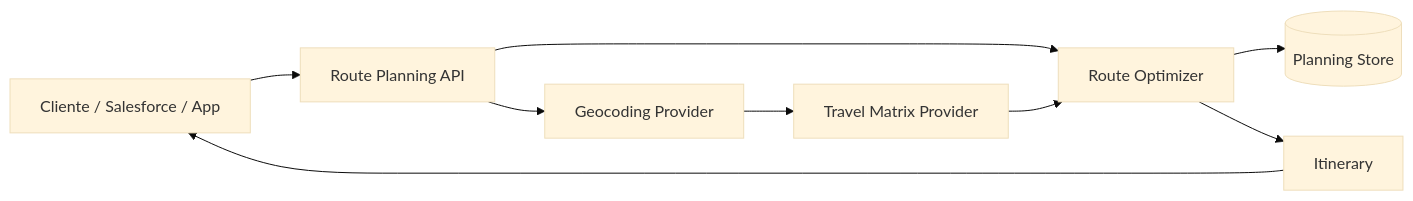
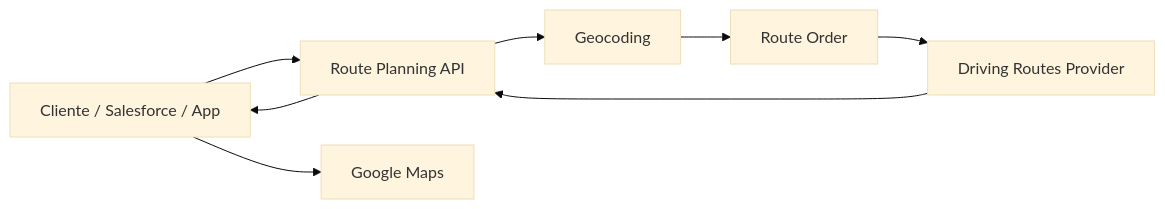
One commit to sales-force-pb/melhor-abordagem changed the first of 2 diagrams in roteiro-inteligente/docs/02-ARCHITECTURE.md. Above: the diagram before and after it, drawn with Mermaid (base theme). The commit also changed other lines of this file, not shown here.

Commit message:
docs: focus architecture on Google driving route

````diff
--- a/roteiro-inteligente/docs/02-ARCHITECTURE.md
+++ b/roteiro-inteligente/docs/02-ARCHITECTURE.md
@@ -7,19 +7,17 @@
 ```mermaid
 flowchart LR
     C[Cliente / Salesforce / App]
     API[Route Planning API]
-    GEO[Geocoding Provider]
-    MATRIX[Travel Matrix Provider]
-    OPT[Route Optimizer]
-    STORE[(Planning Store)]
-    OUT[Itinerary]
+    GEO[Geocoding]
+    ORDER[Route Order]
+    ROUTES[Driving Routes Provider]
+    MAP[Google Maps]
 
     C --> API
     API --> GEO
-    GEO --> MATRIX
-    API --> OPT
-    MATRIX --> OPT
-    OPT --> STORE
-    OPT --> OUT
-    OUT --> C
+    GEO --> ORDER
+    ORDER --> ROUTES
+    ROUTES --> API
+    API --> C
+    C --> MAP
 ```
````
